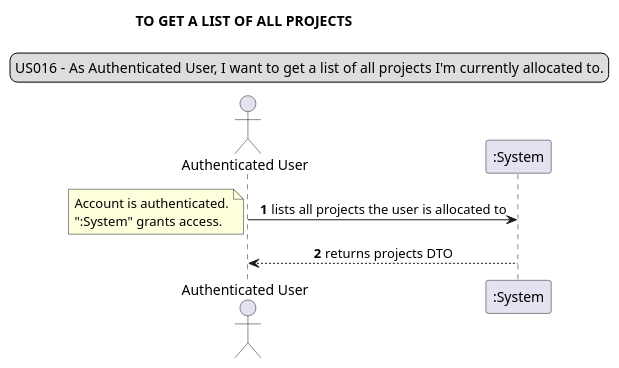
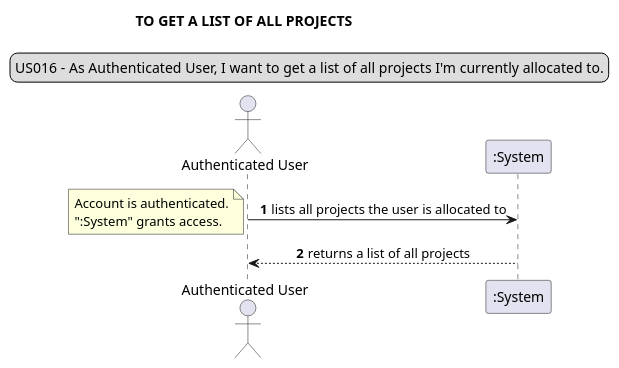
Diagram 15 of 39 in docs/requirements_gathering/system_sequence_diagrams/systemSequenceDiagram.puml (Loracline/project_switch_22-23), drawn with PlantUML before and after one commit. The commit also changed 5 other files, not shown here.

Commit message:
No US number : Design : refinement of Class Diagram

```diff
--- a/docs/requirements_gathering/system_sequence_diagrams/systemSequenceDiagram.puml
+++ b/docs/requirements_gathering/system_sequence_diagrams/systemSequenceDiagram.puml
@@ -272,16 +272,16 @@
 @startuml
 legend top
 US016 - As Authenticated User, I want to get a list of all projects I'm currently allocated to.
 end legend
 skinparam sequenceMessageAlign center
 title TO GET A LIST OF ALL PROJECTS
 actor "Authenticated User"
 autonumber
 "Authenticated User" -> ":System": lists all projects the user is allocated to
 note left
 Account is authenticated.
 ":System" grants access.
 end note
-"Authenticated User" <-- ":System": returns projects DTO
+"Authenticated User" <-- ":System": returns a list of all projects
 
 @enduml
```
